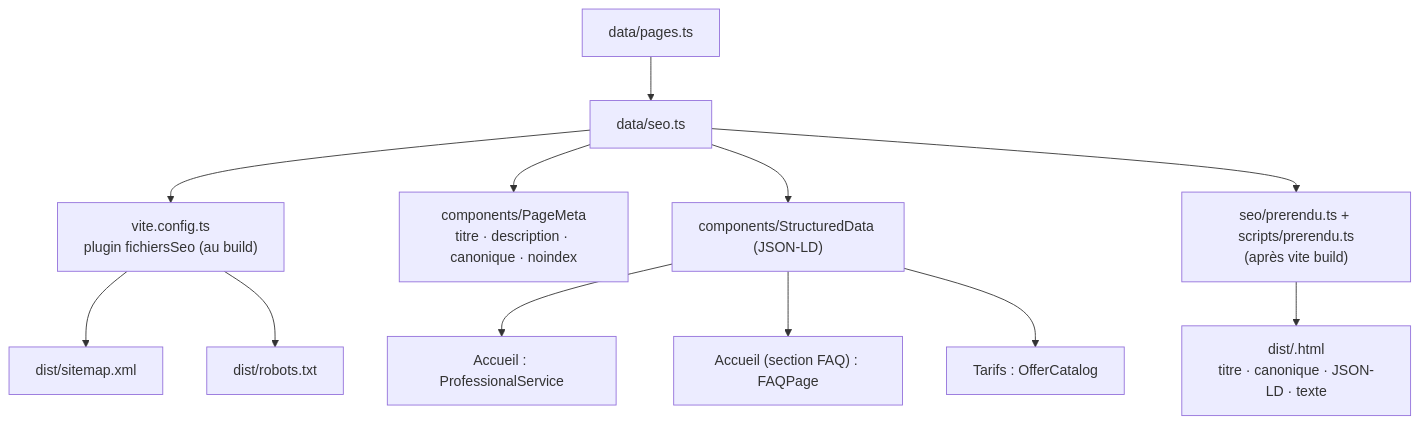
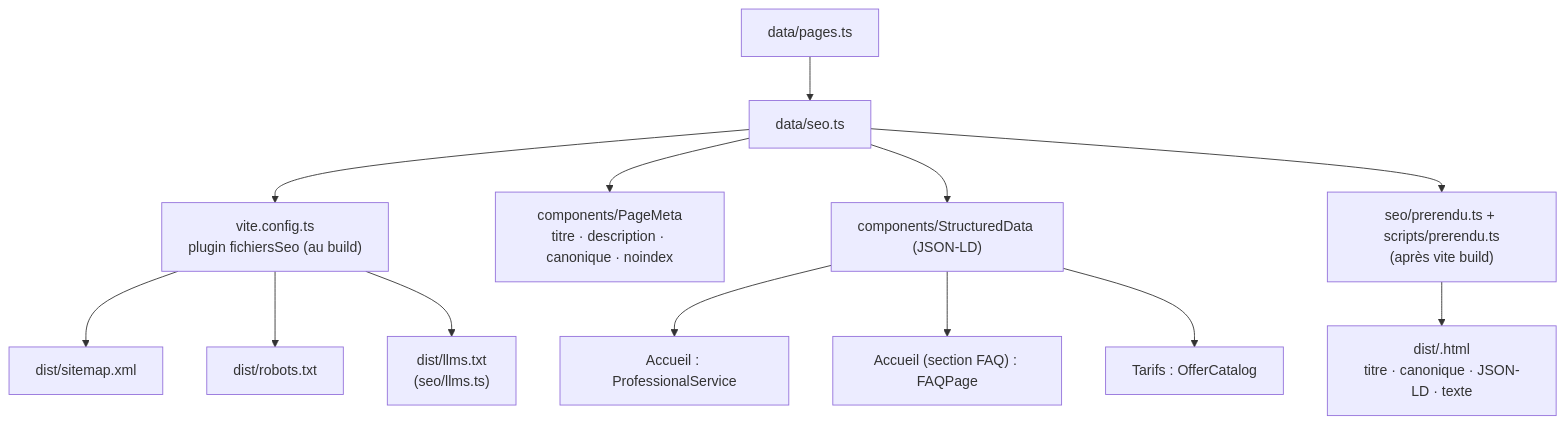
Before and after one commit to bsandoz79/bsandoz-site: the diagram in docs/fonctionnalites/seo.md, drawn with Mermaid. The commit also changed other lines of this file and 6 other files, not shown here.

First line of the commit message:
feat: llms.txt, résumé du site pour les assistants IA

````diff
--- a/docs/fonctionnalites/seo.md
+++ b/docs/fonctionnalites/seo.md
@@ -7,14 +7,15 @@
 ```mermaid
 flowchart TB
   pages["data/pages.ts"] --> seo["data/seo.ts"]
   seo --> plugin["vite.config.ts<br/>plugin fichiersSeo (au build)"]
   plugin --> sitemap["dist/sitemap.xml"]
   plugin --> robots["dist/robots.txt"]
+  plugin --> llms["dist/llms.txt<br/>(seo/llms.ts)"]
   seo --> pm["components/PageMeta<br/>titre · description · canonique · noindex"]
   seo --> sd["components/StructuredData (JSON-LD)"]
   sd --> h["Accueil : ProfessionalService"]
   sd --> f["Accueil (section FAQ) : FAQPage"]
   sd --> t["Tarifs : OfferCatalog"]
   seo --> pr["seo/prerendu.ts + scripts/prerendu.ts<br/>(après vite build)"]
   pr --> html["dist/<page>.html<br/>titre · canonique · JSON-LD · texte"]
 ```
````
